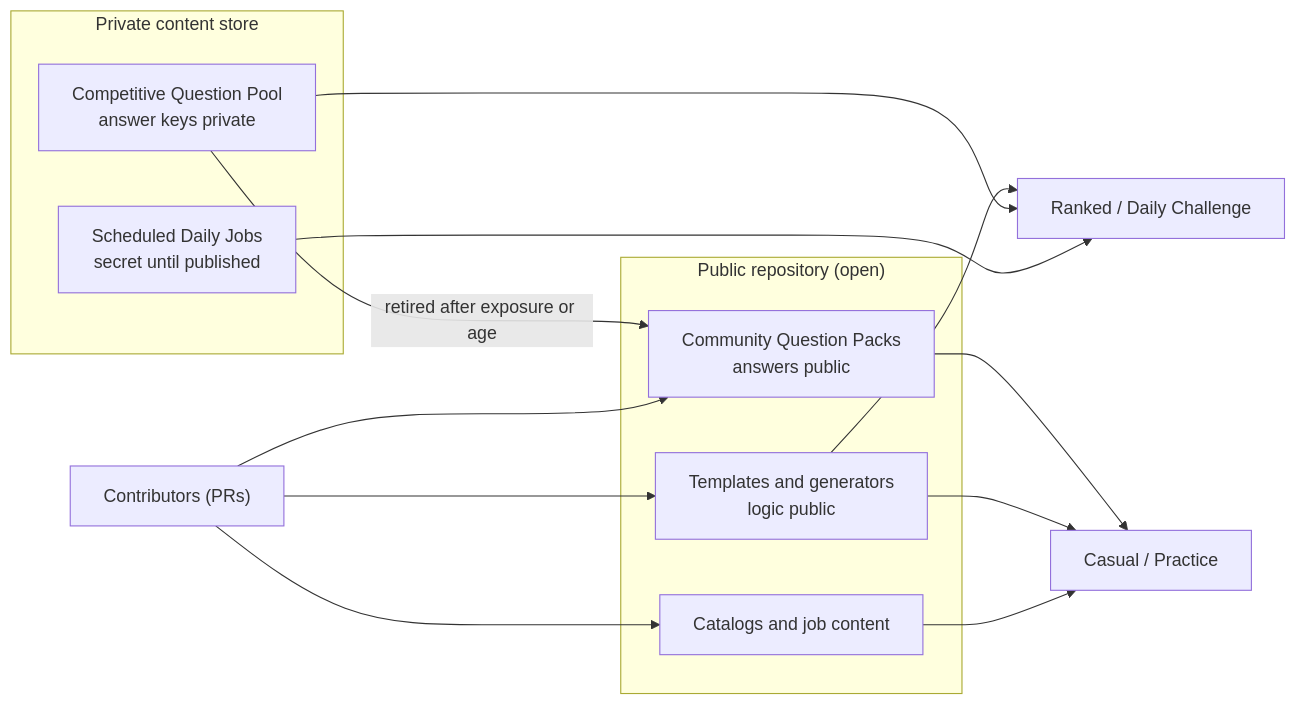
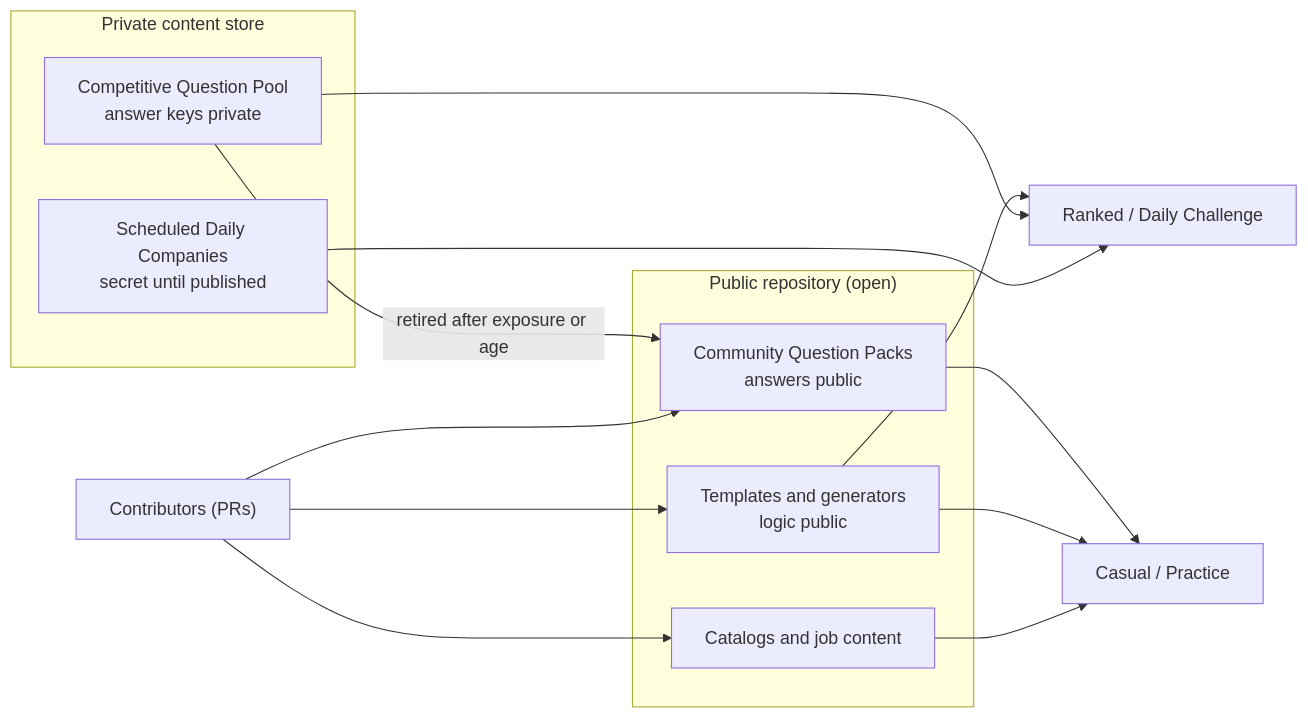
One commit to ricardoverita/cv-rush changed the first of 2 diagrams in docs/questions/content-strategy.md. Above: the diagram before and after it, drawn with Mermaid. The commit also changed other lines of this file and 31 other files, not shown here.

````diff
--- a/docs/questions/content-strategy.md
+++ b/docs/questions/content-strategy.md
@@ -45,22 +45,22 @@
 ```mermaid
 flowchart LR
   subgraph public["Public repository (open)"]
     packs["Community Question Packs<br/>answers public"]
     templates["Templates and generators<br/>logic public"]
     catalogs["Catalogs and job content"]
   end
   subgraph private["Private content store"]
     pool["Competitive Question Pool<br/>answer keys private"]
-    daily["Scheduled Daily Jobs<br/>secret until published"]
+    daily["Scheduled Daily Companies<br/>secret until published"]
   end
   packs --> casual["Casual / Practice"]
   templates --> casual
   catalogs --> casual
   templates --> ranked["Ranked / Daily Challenge"]
   pool --> ranked
   daily --> ranked
   pool -->|"retired after exposure or age"| packs
   contributors["Contributors (PRs)"] --> packs
   contributors --> catalogs
   contributors --> templates
 ```
````
